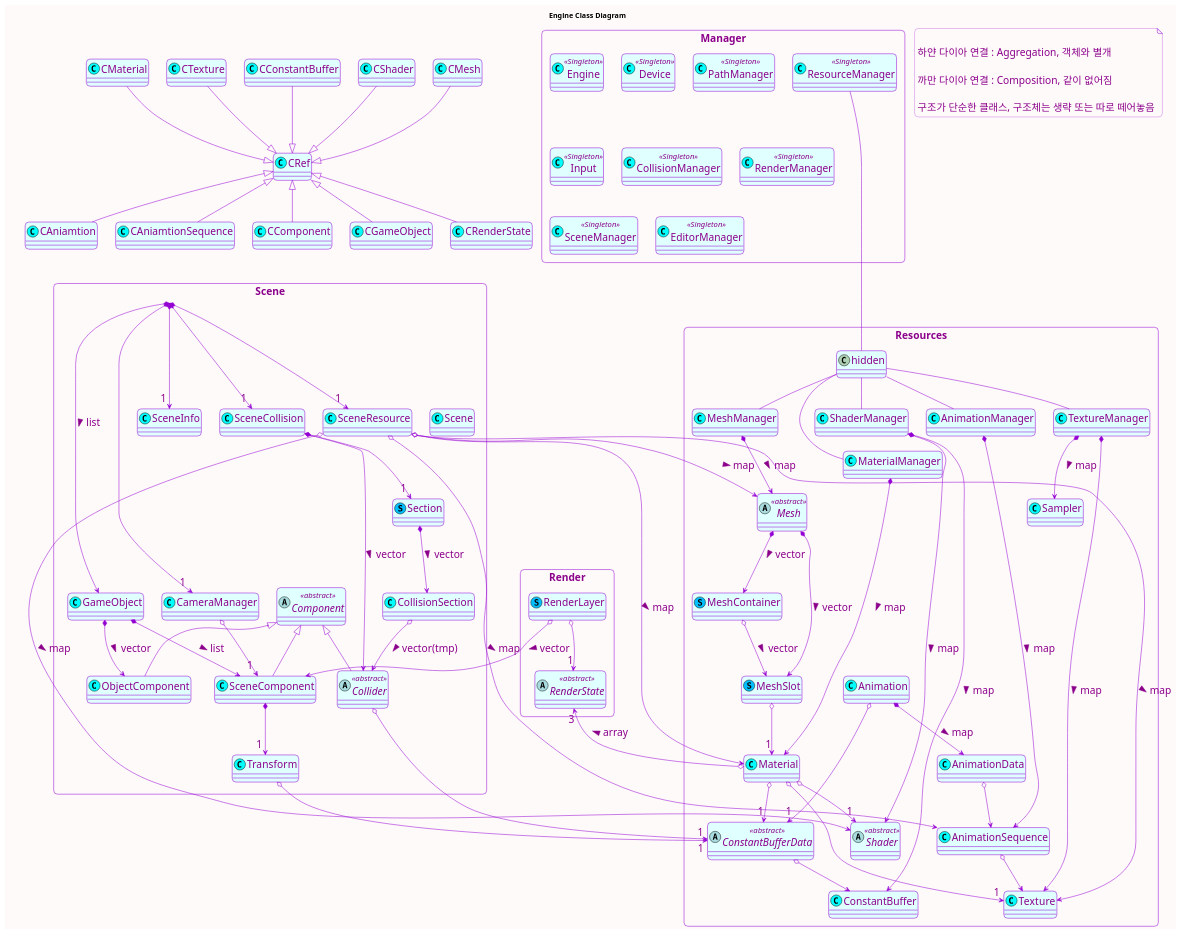
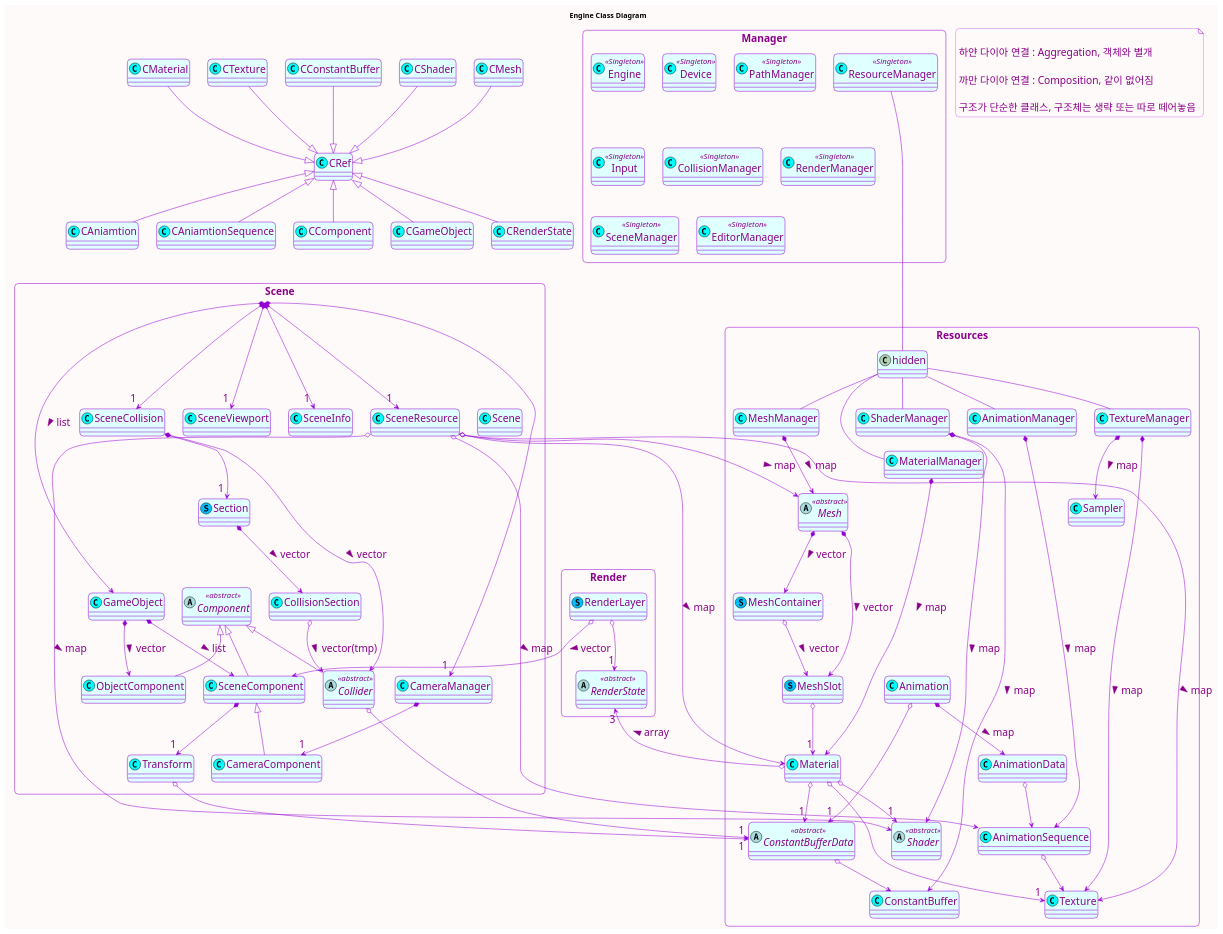
The diagram in docs/diagram/DX_Engine_object_diagram.wsd (leekkang/StudyEngineering), drawn with PlantUML before and after one commit.

Commit message:
update diagram

```diff
--- a/docs/diagram/DX_Engine_object_diagram.wsd
+++ b/docs/diagram/DX_Engine_object_diagram.wsd
@@ -93,6 +93,7 @@
   class SceneResource <<(C, Aqua)>>
   class SceneCollision <<(C, Aqua)>>
   class CameraManager <<(C, Aqua)>>
+  class SceneViewport <<(C, Aqua)>>
 
   struct Section <<(S, DeepSkyBlue)>>
   class CollisionSection <<(C, Aqua)>>
@@ -101,6 +102,7 @@
   class GameObject <<(C, Aqua)>>
   abstract class Component <<abstract>>
   class SceneComponent <<(C, Aqua)>>
+  class CameraComponent <<(C, Aqua)>>
   class Transform <<(C, Aqua)>>
   class ObjectComponent <<(C, Aqua)>>
 }
@@ -181,7 +183,7 @@
   'SceneManager *--> " 1 " Scene
     Scene *--> " 1 " SceneInfo
     Scene *--> " 1 " CameraManager
-      CameraManager o--> " 1 " SceneComponent
+      CameraManager *--> " 1 " CameraComponent
     Scene *---> " 1 " SceneResource
     Scene *---> " 1 " SceneCollision
     Scene *--->  GameObject : list >
@@ -199,11 +201,13 @@
       Component <|--  Collider
         Collider o--> "1" ConstantBufferData
       Component <|--  SceneComponent
+        SceneComponent <|-- CameraComponent
       Component <|--  ObjectComponent
       GameObject *-->  SceneComponent : list >
       GameObject *-->  ObjectComponent : vector >
         SceneComponent *--> " 1 " Transform
           Transform o--> "1" ConstantBufferData
+    Scene *--->  " 1 " SceneViewport
 
 
 hide hidden
```
